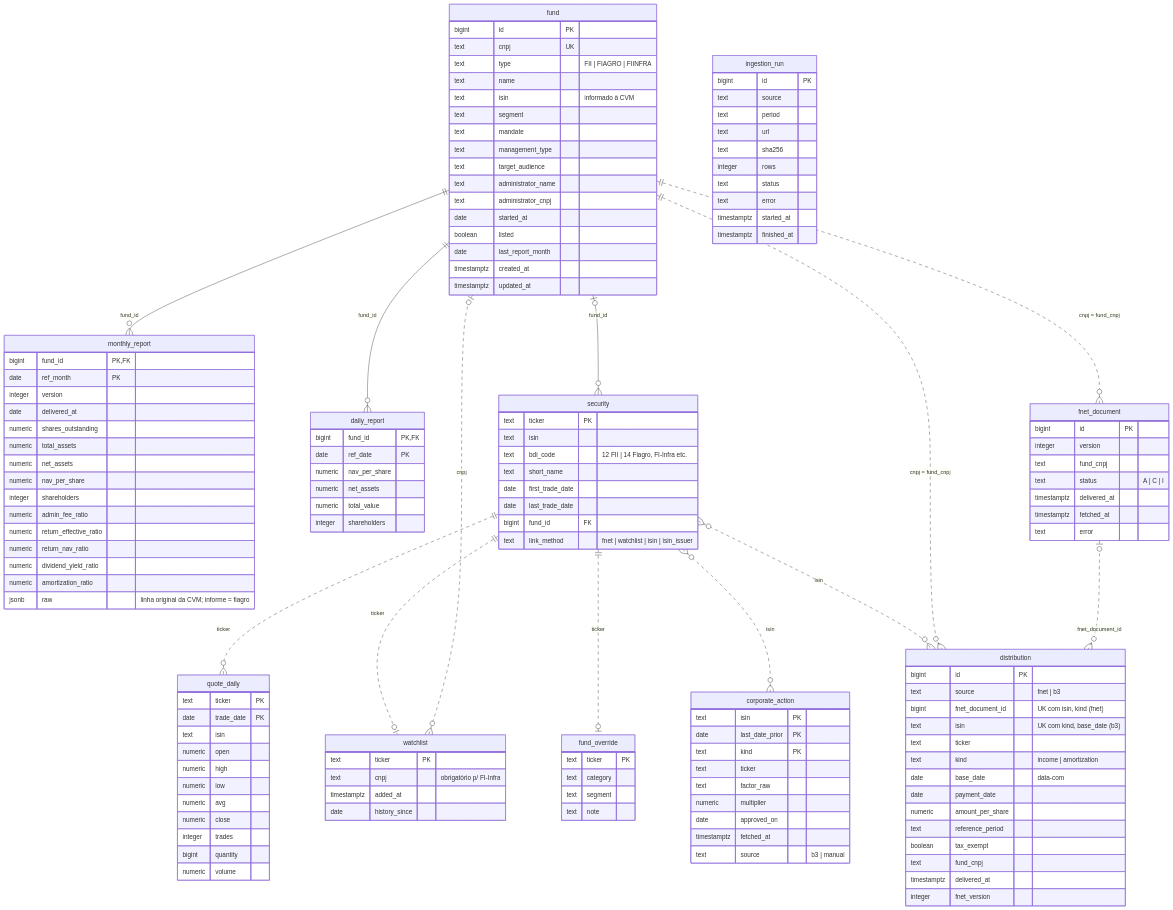
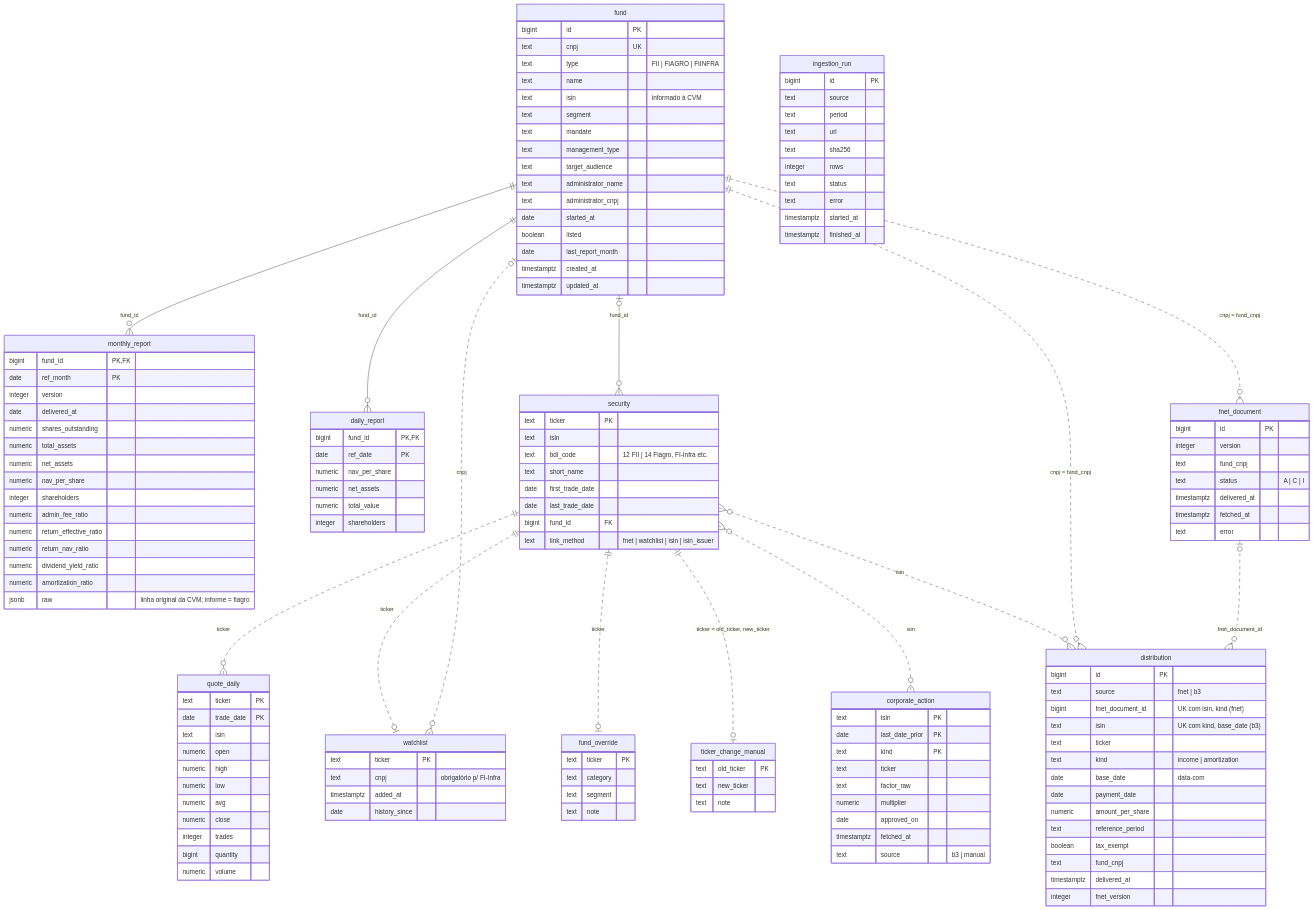
One commit to joao-sallaberry/fiidb changed the second of 2 diagrams in docs/ingestion.md. Above: the diagram before and after it, drawn with Mermaid. The commit also changed other lines of this file and 13 other files, not shown here.

```diff
--- a/docs/ingestion.md
+++ b/docs/ingestion.md
@@ -202,6 +212,11 @@
         text segment
         text note
     }
+    ticker_change_manual {
+        text old_ticker PK
+        text new_ticker
+        text note
+    }
     ingestion_run {
         bigint id PK
         text source
@@ -221,6 +236,7 @@
     security ||..o{ quote_daily : "ticker"
     security ||..o| watchlist : "ticker"
     security ||..o| fund_override : "ticker"
+    security ||..o| ticker_change_manual : "ticker = old_ticker, new_ticker"
     security }o..o{ corporate_action : "isin"
     security }o..o{ distribution : "isin"
     fund |o..o{ watchlist : "cnpj"
```
